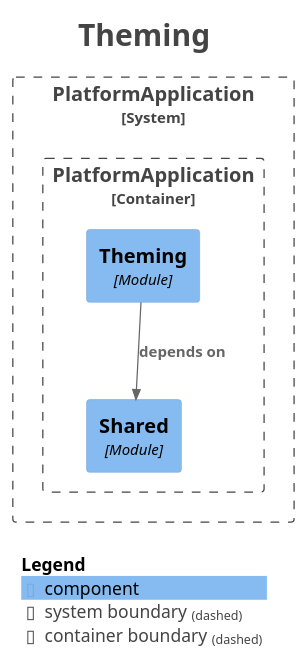
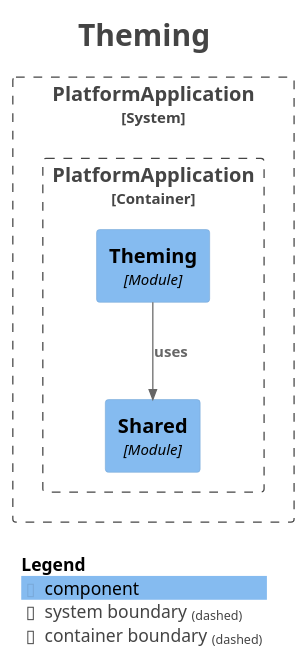
Before and after one commit to Asiman77/HistoryAsAGame: the diagram in docs/modules/module-theming.puml, drawn with PlantUML. The commit also changed 16 other files, not shown here.

```diff
--- a/docs/modules/module-theming.puml
+++ b/docs/modules/module-theming.puml
@@ -1,30 +1,30 @@
 @startuml
 title <size:24>Theming</size>
 
 set separator none
 top to bottom direction
 
 <style>
   root {
     BackgroundColor: #ffffff
     FontColor: #444444
   }
 </style>
 
 !include <C4/C4>
 !include <C4/C4_Context>
 !include <C4/C4_Component>
 
 System_Boundary("PlatformApplication_boundary", "PlatformApplication", $tags="") {
   Container_Boundary("PlatformApplication.PlatformApplication_boundary", "PlatformApplication", $tags="") {
     Component(PlatformApplication.PlatformApplication.Theming, "Theming", $techn="Module", $descr="", $tags="", $link="")
     Component(PlatformApplication.PlatformApplication.Shared, "Shared", $techn="Module", $descr="", $tags="", $link="")
   }
 
 }
 
-Rel(PlatformApplication.PlatformApplication.Theming, PlatformApplication.PlatformApplication.Shared, "depends on", $techn="", $tags="", $link="")
+Rel(PlatformApplication.PlatformApplication.Theming, PlatformApplication.PlatformApplication.Shared, "uses", $techn="", $tags="", $link="")
 
 SHOW_LEGEND(true)
 hide stereotypes
 @enduml
```
